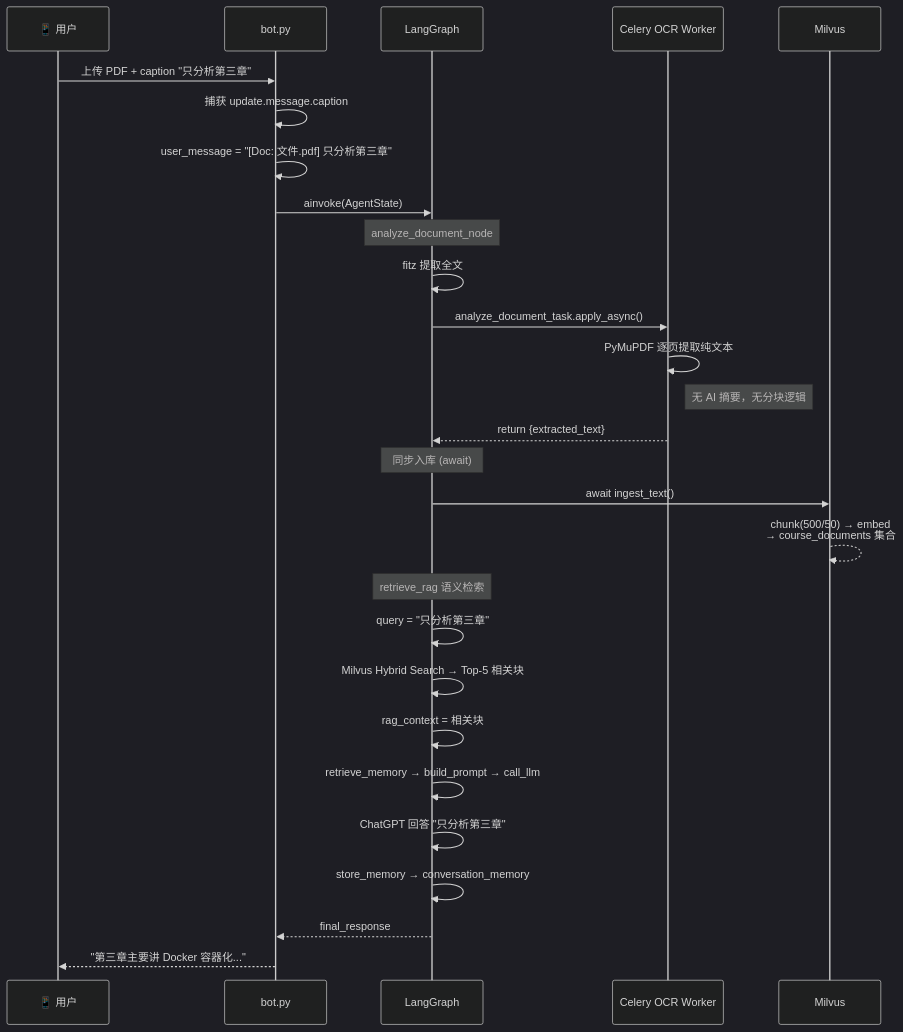
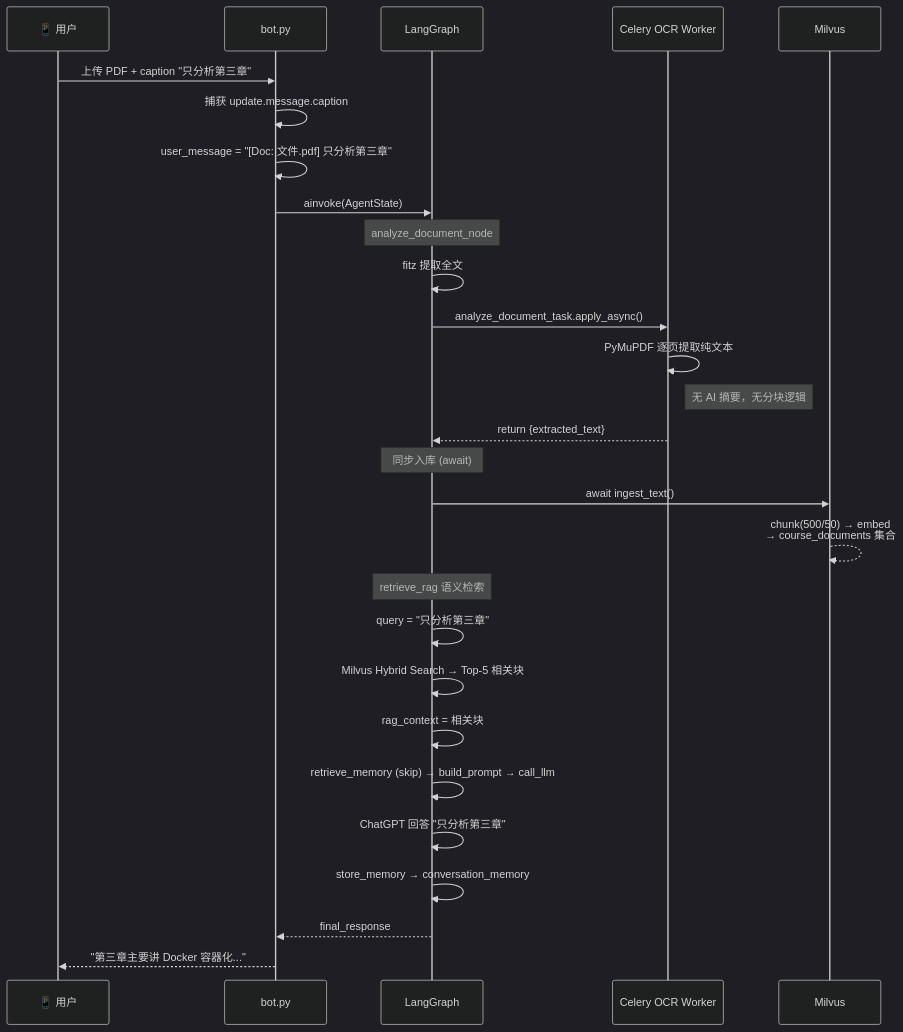
One commit to ravemelodic/Multi-functional_AI_Assistant changed the fifth of 9 diagrams in 流程图.md. Above: the diagram before and after it, drawn with Mermaid (dark theme). The commit also changed other lines of this file and 2 other files, not shown here.

Commit message:
feat: analyze_document 路径跳过对话记忆 (skip_memory) 避免干扰
1. nodes.py: retrieve_conversation_memory_node 顶部检查 skip_memory 标记，命中则直接返回空
2. nodes.py: analyze_document_node 返回时设置 skip_memory=True
3. ARCHITECTURE + 流程图 + 技术面试文档 + README 同步更新

````diff
--- a/流程图.md
+++ b/流程图.md
@@ -133,36 +133,36 @@
 ```mermaid
 sequenceDiagram
     participant User as 📱 用户
     participant Bot as bot.py
     participant Graph as LangGraph
     participant Celery as Celery OCR Worker
     participant Milvus as Milvus
 
     User->>Bot: 上传 PDF + caption "只分析第三章"
     Bot->>Bot: 捕获 update.message.caption
     Bot->>Bot: user_message = "[Doc: 文件.pdf] 只分析第三章"
     Bot->>Graph: ainvoke(AgentState)
 
     Note over Graph: analyze_document_node
     Graph->>Graph: fitz 提取全文
     Graph->>Celery: analyze_document_task.apply_async()
     Celery->>Celery: PyMuPDF 逐页提取纯文本
     Note right of Celery: 无 AI 摘要，无分块逻辑
     
     Celery-->>Graph: return {extracted_text}
 
     Note over Graph: 同步入库 (await)
     Graph->>Milvus: await ingest_text()
     Milvus-->>Milvus: chunk(500/50) → embed<br/>→ course_documents 集合
 
     Note over Graph: retrieve_rag 语义检索
     Graph->>Graph: query = "只分析第三章"
     Graph->>Graph: Milvus Hybrid Search → Top-5 相关块
     Graph->>Graph: rag_context = 相关块
-    Graph->>Graph: retrieve_memory → build_prompt → call_llm
+    Graph->>Graph: retrieve_memory (skip) → build_prompt → call_llm
     Graph->>Graph: ChatGPT 回答 "只分析第三章"
     Graph->>Graph: store_memory → conversation_memory
     
     Graph-->>Bot: final_response
     Bot-->>User: "第三章主要讲 Docker 容器化..."
 ```
````
